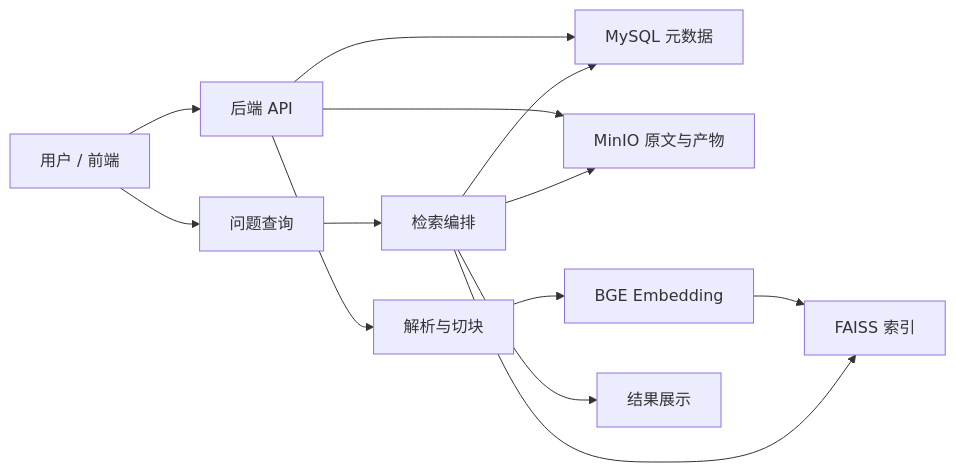
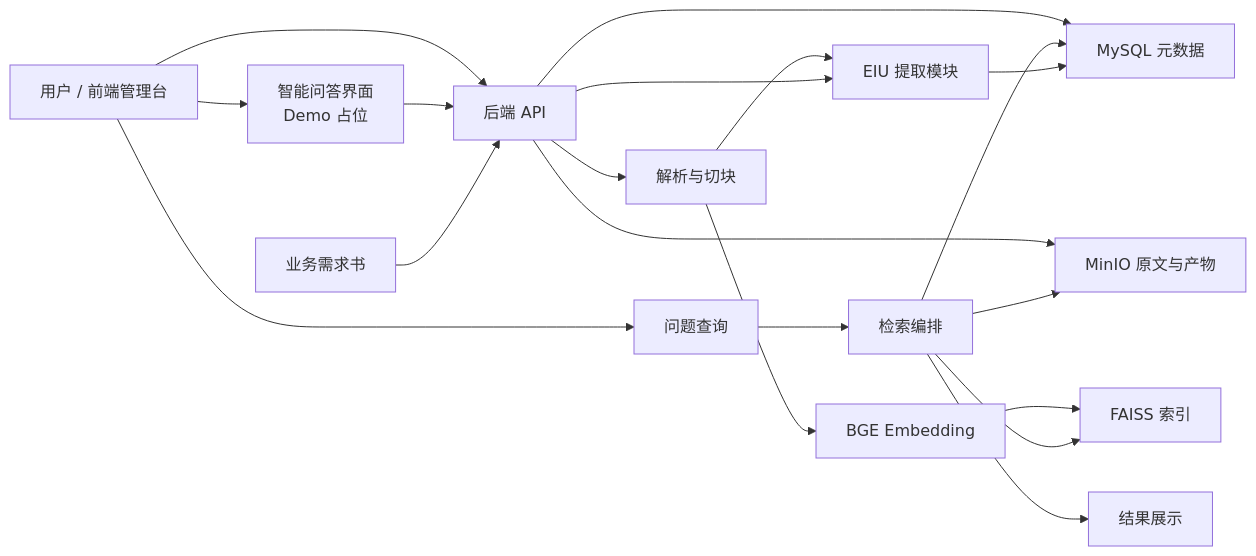
One commit to Ethereeeal/intelligent-eval-platform changed the diagram in technical_design_demo.md. Above: the diagram before and after it, drawn with Mermaid. The commit also changed other lines of this file and 19 other files, not shown here.

````diff
--- a/technical_design_demo.md
+++ b/technical_design_demo.md
@@ -93,15 +101,21 @@
 ```mermaid
 flowchart LR
-    U[用户 / 前端] --> A[后端 API]
+    U[用户 / 前端管理台] --> A[后端 API]
+    U --> CHAT[智能问答界面<br/>Demo 占位]
+    CHAT --> A
     A --> M[MySQL 元数据]
     A --> S[MinIO 原文与产物]
     A --> P[解析与切块]
     P --> E[BGE Embedding]
+    P --> EIU[EIU 提取模块]
     E --> F[FAISS 索引]
     U --> Q[问题查询]
     Q --> R[检索编排]
     R --> F
     R --> M
     R --> S
     R --> O[结果展示]
+    REQ[业务需求书] --> A
+    A --> EIU
+    EIU --> M
 ```
````
